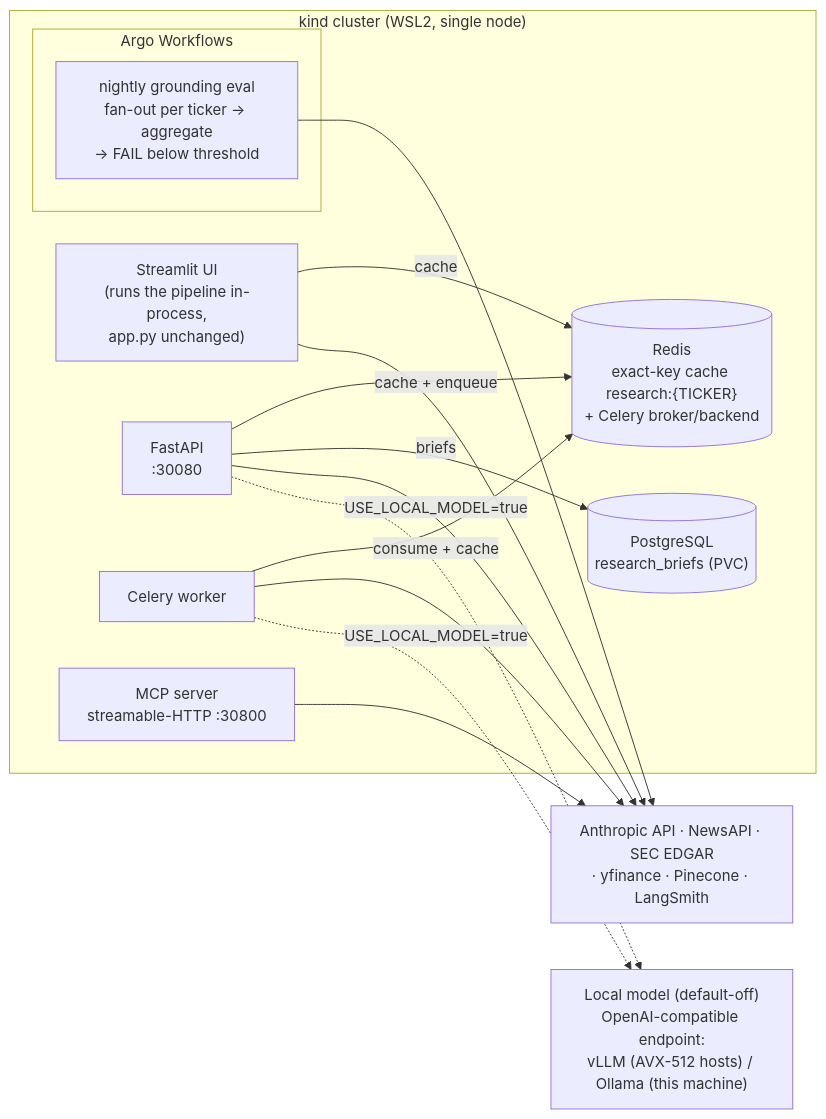
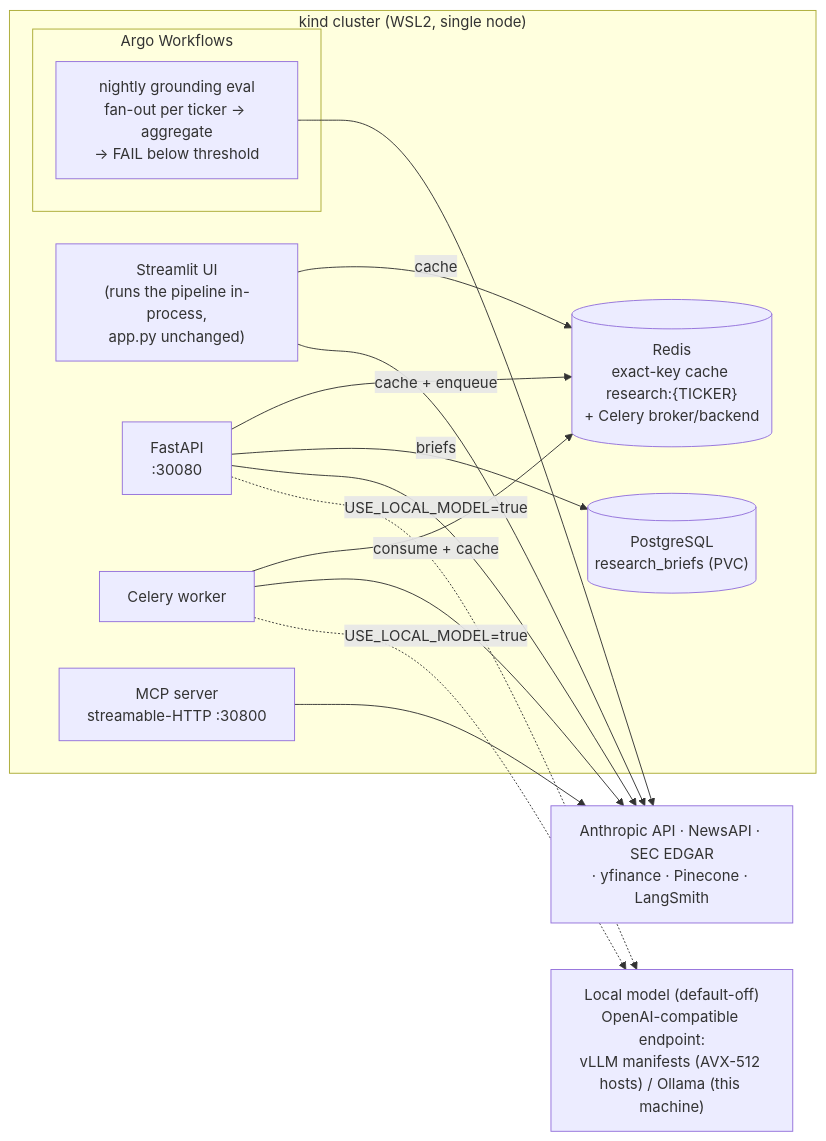
One commit to schen9999/financial-agent changed the diagram in README.md. Above: the diagram before and after it, drawn with Mermaid. The commit also changed other lines of this file and 2 other files, not shown here.

First line of the commit message:
Consistency pass: stale-number purge, grounding framing, vLLM claim audit

````diff
--- a/README.md
+++ b/README.md
@@ -183,23 +192,23 @@
 ```mermaid
 flowchart LR
     subgraph cluster["kind cluster (WSL2, single node)"]
         ST["Streamlit UI<br/>(runs the pipeline in-process,<br/>app.py unchanged)"]
         API["FastAPI<br/>:30080"]
         WK["Celery worker"]
         RD[("Redis<br/>exact-key cache research:{TICKER}<br/>+ Celery broker/backend")]
         PG[("PostgreSQL<br/>research_briefs (PVC)")]
         MCP["MCP server<br/>streamable-HTTP :30800"]
         subgraph argo["Argo Workflows"]
             WF["nightly grounding eval<br/>fan-out per ticker → aggregate<br/>→ FAIL below threshold"]
         end
     end
     EXT["Anthropic API · NewsAPI · SEC EDGAR<br/>· yfinance · Pinecone · LangSmith"]
-    LOCAL["Local model (default-off)<br/>OpenAI-compatible endpoint:<br/>vLLM (AVX-512 hosts) / Ollama (this machine)"]
+    LOCAL["Local model (default-off)<br/>OpenAI-compatible endpoint:<br/>vLLM manifests (AVX-512 hosts) / Ollama (this machine)"]
 
     API -->|"cache + enqueue"| RD
     API -->|"briefs"| PG
     WK -->|"consume + cache"| RD
     ST -->|"cache"| RD
     API & WK & ST & MCP & WF --> EXT
     API & WK -.->|"USE_LOCAL_MODEL=true"| LOCAL
 ```
````
